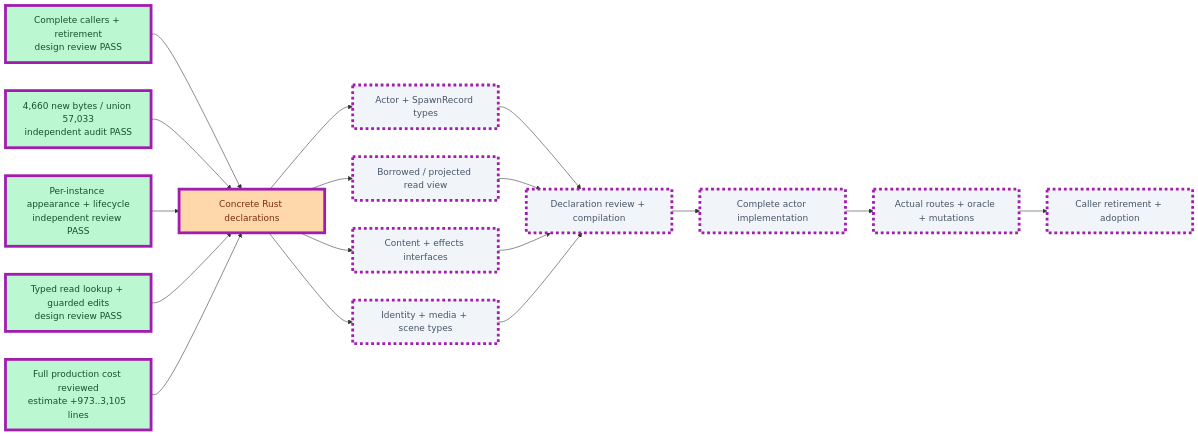
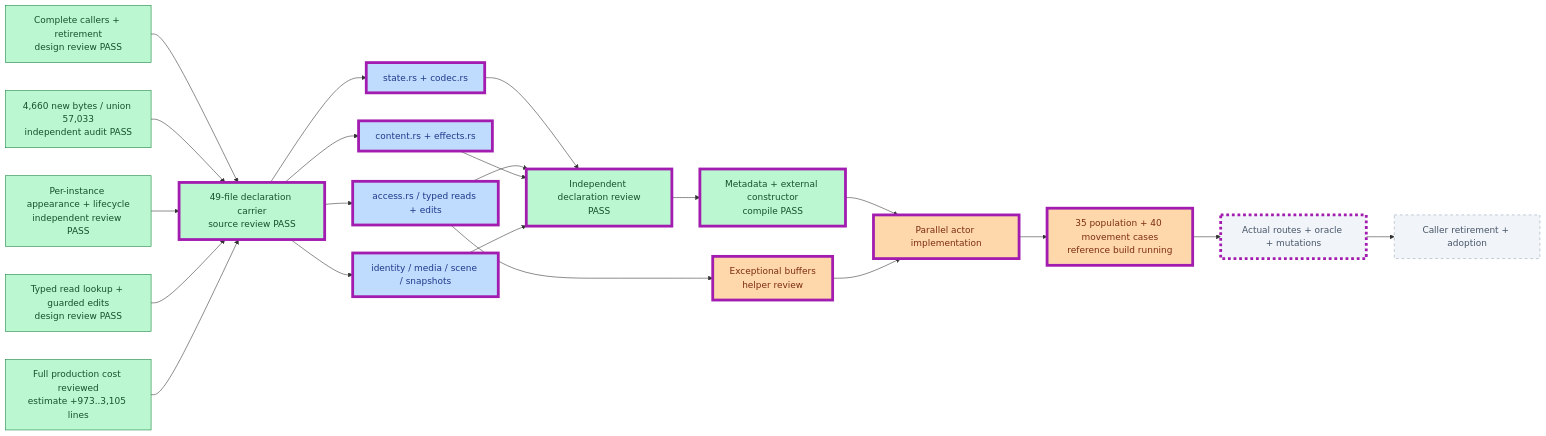
Before and after one commit to JimLundin/sm-decomp: the second of 21 diagrams in PROGRESS.md, drawn with Mermaid. The commit also changed other lines of this file and 1 other file, not shown here.

Commit message:
Track parallel actor implementation; declaration checks pass
49-file private carrier passes source review and root metadata/external constructor compilation. Actual runtime behavior remains unverified. Record finite exceptional-buffer helper work and75source-qualified predecessor cases under build. Documentation only: diff/progress checks pass; counters unchanged.

````diff
--- a/PROGRESS.md
+++ b/PROGRESS.md
@@ -27,24 +27,28 @@
 ```mermaid
 flowchart LR
-    AC["Complete callers + retirement<br/>design review PASS"]:::done --> AD["Concrete Rust declarations"]:::active
+    AC["Complete callers + retirement<br/>design review PASS"]:::done --> AD["49-file declaration carrier<br/>source review PASS"]:::done
     AU["4,660 new bytes / union 57,033<br/>independent audit PASS"]:::done --> AD
     AI["Per-instance appearance + lifecycle<br/>independent review PASS"]:::done --> AD
     AR["Typed read lookup + guarded edits<br/>design review PASS"]:::done --> AD
     AP["Full production cost reviewed<br/>estimate +973..3,105 lines"]:::done --> AD
-    AD --> AS["Actor + SpawnRecord types"]:::pending
-    AD --> AV["Borrowed / projected read view"]:::pending
-    AD --> AE["Content + effects interfaces"]:::pending
-    AD --> AM["Identity + media + scene types"]:::pending
-    AS --> AT["Declaration review + compilation"]:::pending
+    AD --> AS["state.rs + codec.rs"]:::draft
+    AD --> AV["access.rs / typed reads + edits"]:::draft
+    AD --> AE["content.rs + effects.rs"]:::draft
+    AD --> AM["identity / media / scene / snapshots"]:::draft
+    AS --> AT["Independent declaration review<br/>PASS"]:::done
     AV --> AT
     AE --> AT
     AM --> AT
-    AT --> AB["Complete actor implementation"]:::pending
-    AB --> AX["Actual routes + oracle + mutations"]:::pending
-    AX --> AA["Caller retirement + adoption"]:::pending
-    class AC,AU,AI,AR,AP,AD,AS,AV,AE,AM,AT,AB,AX,AA changed
+    AT --> ATC["Metadata + external constructor<br/>compile PASS"]:::done
+    ATC --> AB["Parallel actor implementation"]:::active
+    AV --> APR["Exceptional buffers<br/>helper review"]:::active --> AB
+    AB --> AX["35 population + 40 movement cases<br/>reference build running"]:::active
+    AX --> AVERIFY["Actual routes + oracle + mutations"]:::pending
+    AVERIFY --> AA["Caller retirement + adoption"]:::pending
+    class AD,AS,AV,AE,AM,AT,ATC,APR,AB,AX,AVERIFY changed
     classDef done fill:#bbf7d0,stroke:#15803d,color:#14532d
+    classDef draft fill:#bfdbfe,stroke:#2563eb,color:#1e3a8a
     classDef active fill:#fed7aa,stroke:#ea580c,color:#7c2d12
     classDef pending fill:#f1f5f9,stroke:#94a3b8,color:#475569,stroke-dasharray:5 5
     classDef changed stroke:#a21caf,stroke-width:5px
 ```
````
